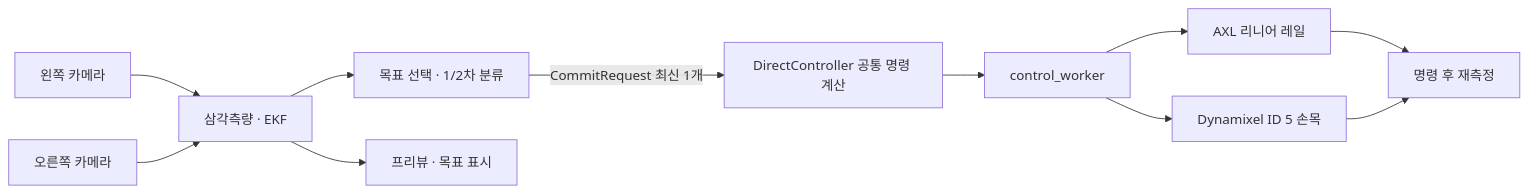
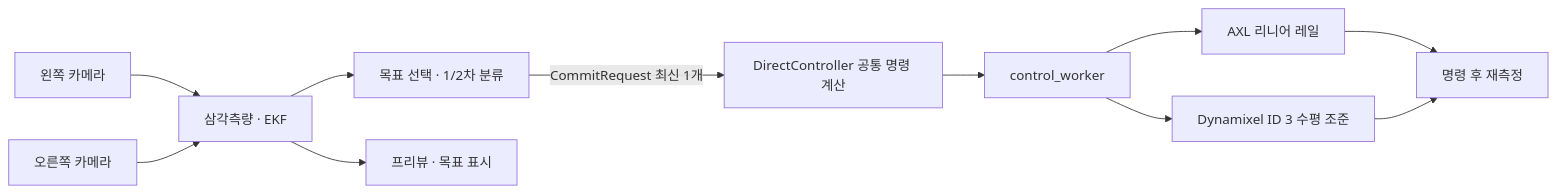
One commit to luv-all/pingpong-bot changed the diagram in src/real/README.md. Above: the diagram before and after it, drawn with Mermaid. The commit also changed other lines of this file and 21 other files, not shown here.

````diff
--- a/src/real/README.md
+++ b/src/real/README.md
@@ -21,13 +22,13 @@
 ```mermaid
 flowchart LR
     camL["왼쪽 카메라"] --> est["삼각측량 · EKF"]
     camR["오른쪽 카메라"] --> est
     est --> stage["목표 선택 · 1/2차 분류"]
     stage -->|"CommitRequest 최신 1개"| shared["DirectController 공통 명령 계산"]
     shared --> ctl["control_worker"]
     ctl --> rail["AXL 리니어 레일"]
-    ctl --> wrist["Dynamixel ID 5 손목"]
+    ctl --> aim["Dynamixel ID 3 수평 조준"]
     rail --> readback["명령 후 재측정"]
-    wrist --> readback
+    aim --> readback
     est --> preview["프리뷰 · 목표 표시"]
 ```
````
